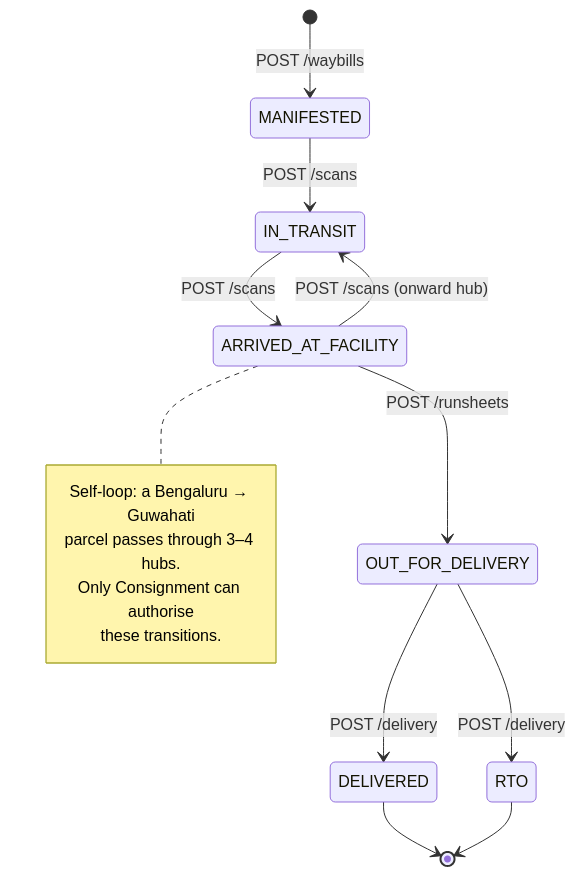
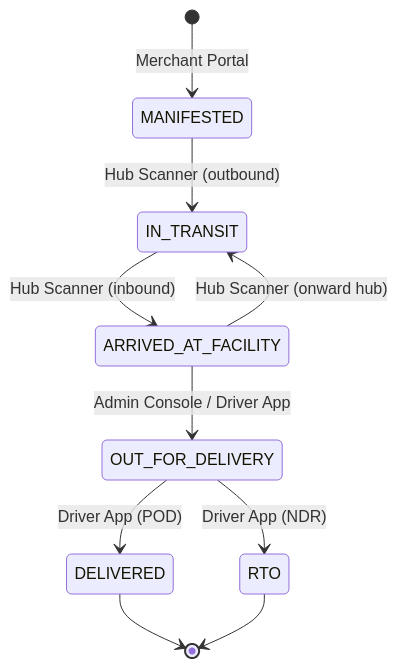
Before and after one commit to shashu775/fleetpulse: the tenth of 10 diagrams in docs/FleetPulse-Architecture.md, drawn with Mermaid. The commit also changed other lines of this file and 40 other files, not shown here.

````diff
--- a/docs/FleetPulse-Architecture.md
+++ b/docs/FleetPulse-Architecture.md
@@ -383,19 +408,12 @@
 ```mermaid
 stateDiagram-v2
-    [*] --> MANIFESTED: POST /waybills
-    MANIFESTED --> IN_TRANSIT: POST /scans
-    IN_TRANSIT --> ARRIVED_AT_FACILITY: POST /scans
-    ARRIVED_AT_FACILITY --> IN_TRANSIT: POST /scans (onward hub)
-    ARRIVED_AT_FACILITY --> OUT_FOR_DELIVERY: POST /runsheets
-    OUT_FOR_DELIVERY --> DELIVERED: POST /delivery
-    OUT_FOR_DELIVERY --> RTO: POST /delivery
+    [*] --> MANIFESTED: Merchant Portal
+    MANIFESTED --> IN_TRANSIT: Hub Scanner (outbound)
+    IN_TRANSIT --> ARRIVED_AT_FACILITY: Hub Scanner (inbound)
+    ARRIVED_AT_FACILITY --> IN_TRANSIT: Hub Scanner (onward hub)
+    ARRIVED_AT_FACILITY --> OUT_FOR_DELIVERY: Admin Console / Driver App
+    OUT_FOR_DELIVERY --> DELIVERED: Driver App (POD)
+    OUT_FOR_DELIVERY --> RTO: Driver App (NDR)
     DELIVERED --> [*]
     RTO --> [*]
-
-    note right of ARRIVED_AT_FACILITY
-        Self-loop: a Bengaluru → Guwahati
-        parcel passes through 3–4 hubs.
-        Only Consignment can authorise
-        these transitions.
-    end note
 ```
````
